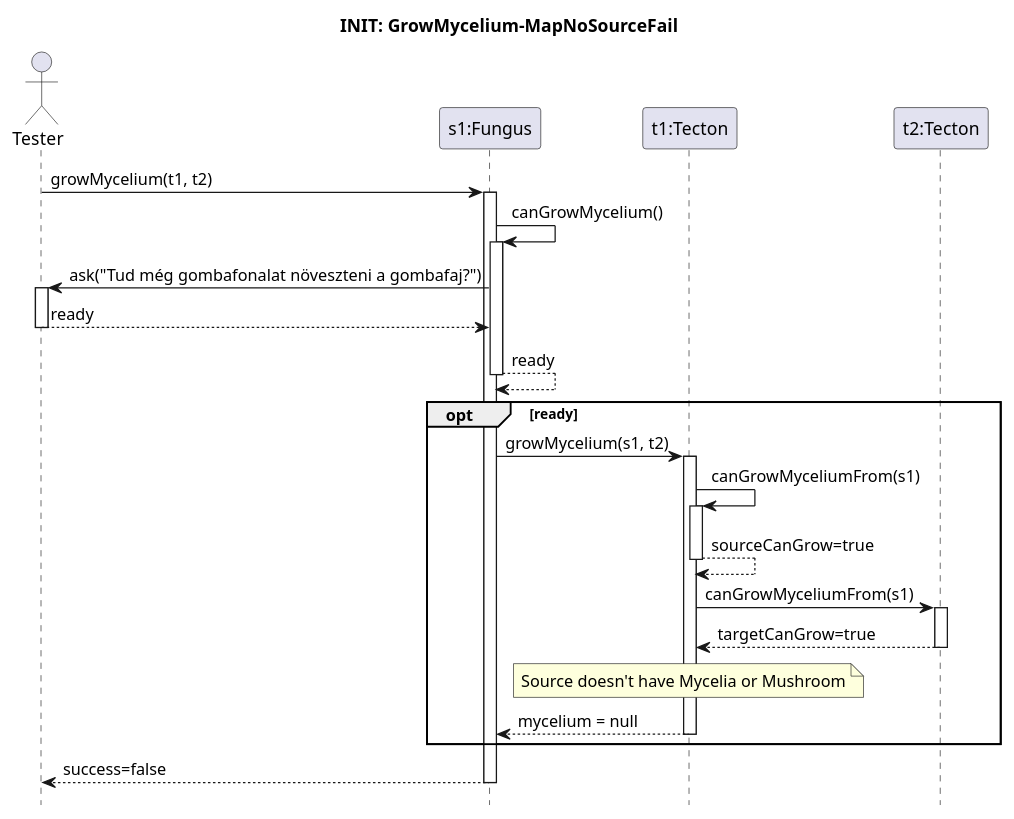
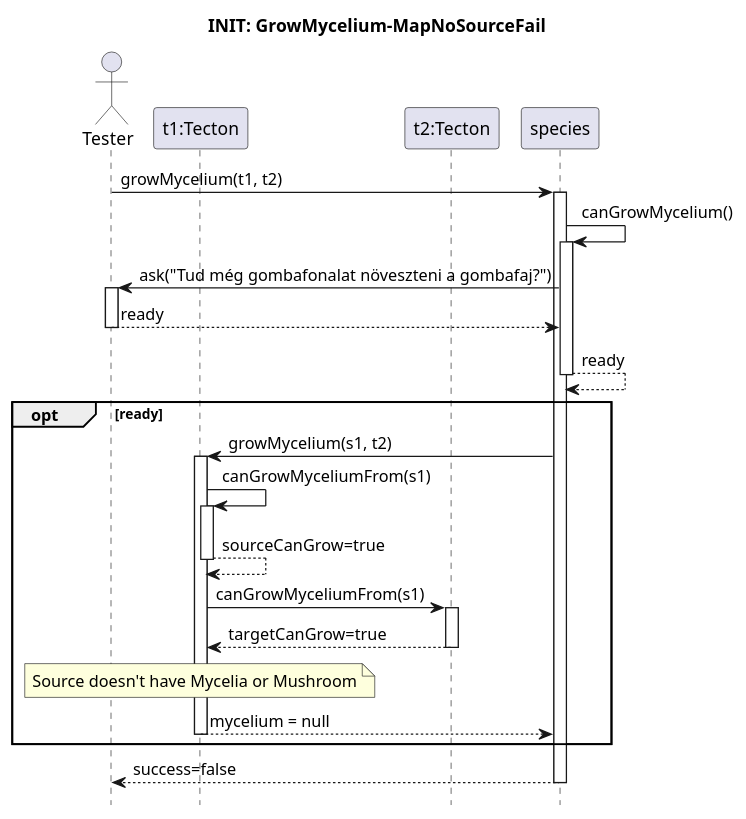
Before and after one commit to ZD4ve/projlab-error521: the diagram in Skeleton/Grow-mycelium/no-source-fail.puml, drawn with PlantUML.

```diff
--- a/Skeleton/Grow-mycelium/no-source-fail.puml
+++ b/Skeleton/Grow-mycelium/no-source-fail.puml
@@ -1,39 +1,38 @@
 @startuml grow-mycelium-success
 hide footbox
 
 title INIT: GrowMycelium-MapNoSourceFail
 
 actor Tester
-participant "s1:Fungus" as species
 participant "t1:Tecton" as source
 participant "t2:Tecton" as target
 
 Tester -> species : growMycelium(t1, t2)
 activate species
 
 species -> species : canGrowMycelium()
 activate species
 
 Tester <- species : ask("Tud még gombafonalat növeszteni a gombafaj?")
 activate Tester
 return ready
 
 return ready
 
 opt ready
 
     species -> source : growMycelium(s1, t2)
     activate source
         source -> source : canGrowMyceliumFrom(s1)
         activate source
         return sourceCanGrow=true
 
         source -> target : canGrowMyceliumFrom(s1)
         activate target
         return targetCanGrow=true
 
         note over source: Source doesn't have Mycelia or Mushroom
     return mycelium = null
 end
 return success=false
 @enduml
```
